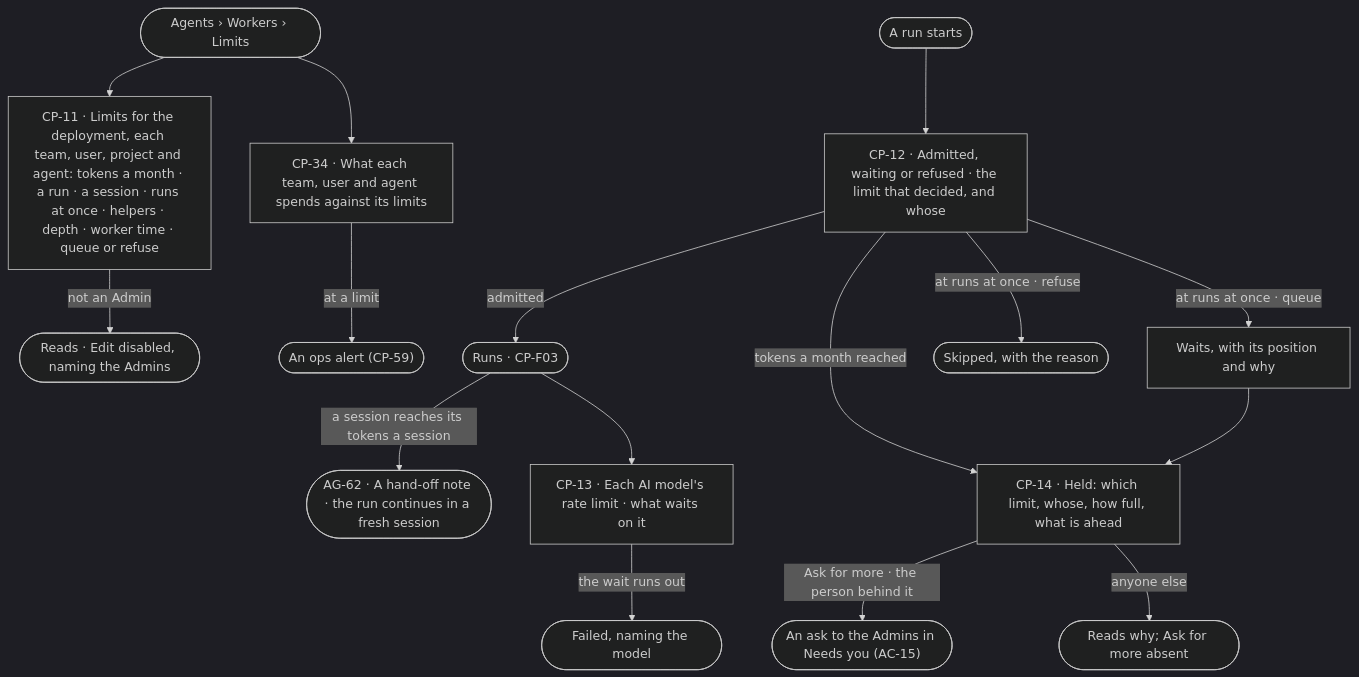
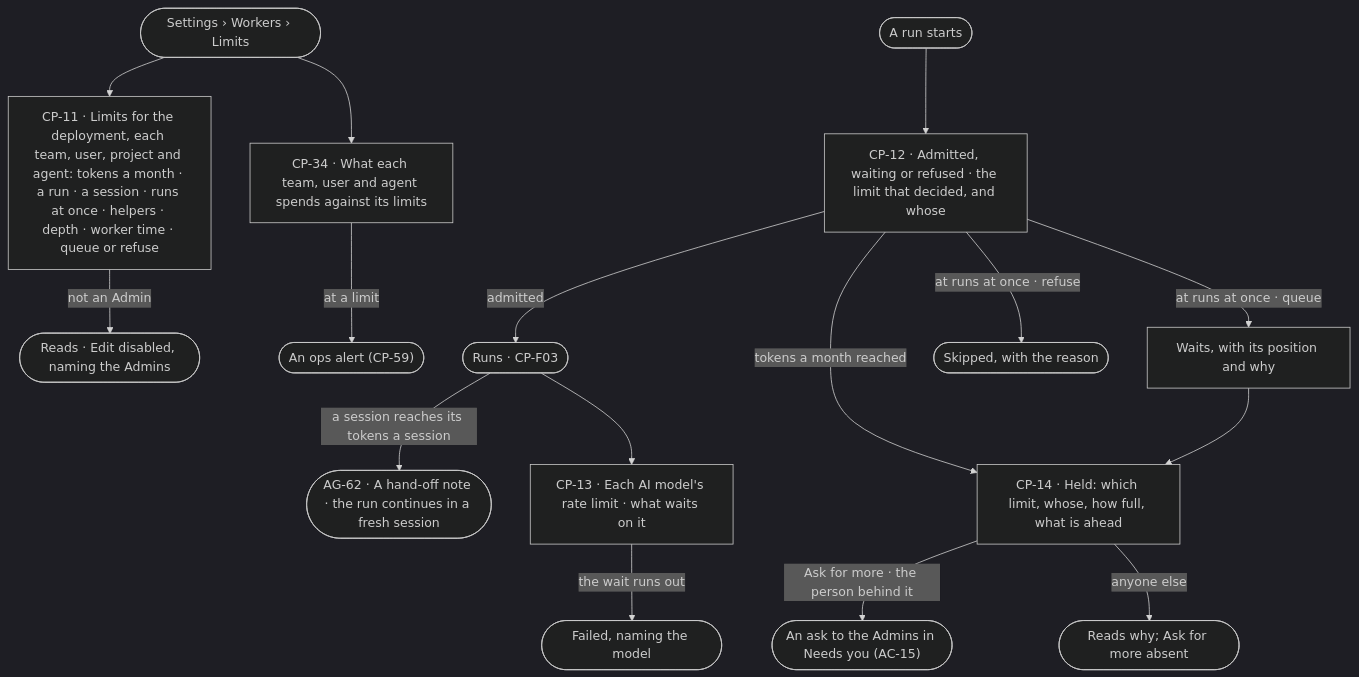
Before and after one commit to invana/invana: the diagram in specs/os/control/features/CP-F04-limits/feature.md, drawn with Mermaid (dark theme). The commit also changed other lines of this file and 43 other files, not shown here.

First line of the commit message:
docs(specs): Agents mode keeps work; Plugins, Fleet, Workers move to Settings

````diff
--- a/specs/os/control/features/CP-F04-limits/feature.md
+++ b/specs/os/control/features/CP-F04-limits/feature.md
@@ -27,18 +27,18 @@
 ```mermaid
 flowchart TD
-  s([Agents › Workers › Limits]) --> lim["CP-11 · Limits for the deployment, each team, user, project and agent: tokens a month · a run · a session · runs at once · helpers · depth · worker time · queue or refuse"]
+  s([Settings › Workers › Limits]) --> lim["CP-11 · Limits for the deployment, each team, user, project and agent: tokens a month · a run · a session · runs at once · helpers · depth · worker time · queue or refuse"]
   lim -->|not an Admin| ro(["Reads · Edit disabled, naming the Admins"])
   s --> use["CP-34 · What each team, user and agent spends against its limits"]
   use -->|at a limit| al(["An ops alert (CP-59)"])
   start([A run starts]) --> adm["CP-12 · Admitted, waiting or refused · the limit that decided, and whose"]
   adm -->|admitted| go(["Runs · CP-F03"])
   go -->|a session reaches its tokens a session| cont(["AG-62 · A hand-off note · the run continues in a fresh session"])
   adm -->|at runs at once · queue| w["Waits, with its position and why"]
   adm -->|at runs at once · refuse| no(["Skipped, with the reason"])
   adm -->|tokens a month reached| held["CP-14 · Held: which limit, whose, how full, what is ahead"]
   go --> ai["CP-13 · Each AI model's rate limit · what waits on it"]
   ai -->|the wait runs out| f(["Failed, naming the model"])
   w --> held
   held -->|Ask for more · the person behind it| ask(["An ask to the Admins in Needs you (AC-15)"])
   held -->|anyone else| why(["Reads why; Ask for more absent"])
 ```
````
